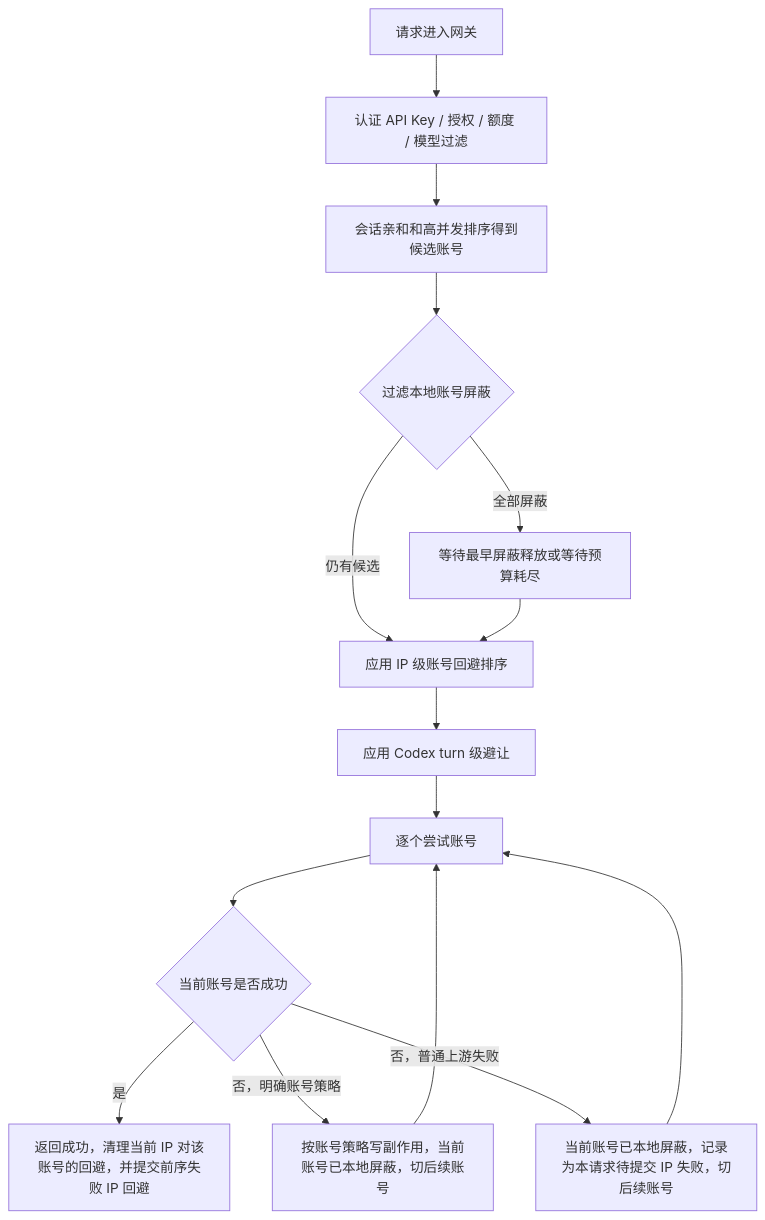
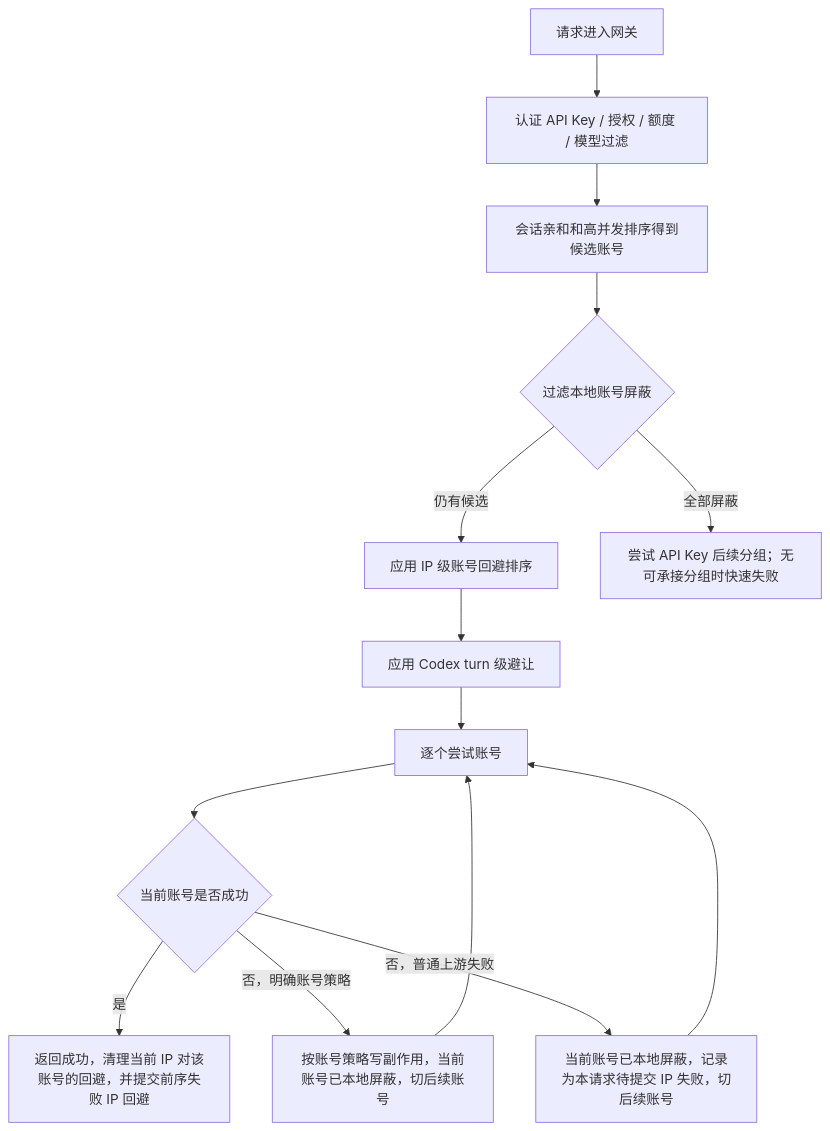
One commit to huanmin123/juhe-ai changed the diagram in docs/functions/IP级账号回避与自动切号设计.md. Above: the diagram before and after it, drawn with Mermaid. The commit also changed other lines of this file and 24 other files, not shown here.

````diff
--- a/docs/functions/IP级账号回避与自动切号设计.md
+++ b/docs/functions/IP级账号回避与自动切号设计.md
@@ -71,17 +71,16 @@
 ```mermaid
 flowchart TD
   A["请求进入网关"] --> B["认证 API Key / 授权 / 额度 / 模型过滤"]
   B --> C["会话亲和和高并发排序得到候选账号"]
   C --> D{"过滤本地账号屏蔽"}
   D -- "仍有候选" --> E["应用 IP 级账号回避排序"]
-  D -- "全部屏蔽" --> D1["等待最早屏蔽释放或等待预算耗尽"]
-  D1 --> E
+  D -- "全部屏蔽" --> D1["尝试 API Key 后续分组；无可承接分组时快速失败"]
   E --> F["应用 Codex turn 级避让"]
   F --> G["逐个尝试账号"]
   G --> H{"当前账号是否成功"}
   H -- "是" --> I["返回成功，清理当前 IP 对该账号的回避，并提交前序失败 IP 回避"]
   H -- "否，明确账号策略" --> K["按账号策略写副作用，当前账号已本地屏蔽，切后续账号"]
   H -- "否，普通上游失败" --> L["当前账号已本地屏蔽，记录为本请求待提交 IP 失败，切后续账号"]
   L --> G
   K --> G
 ```
````
